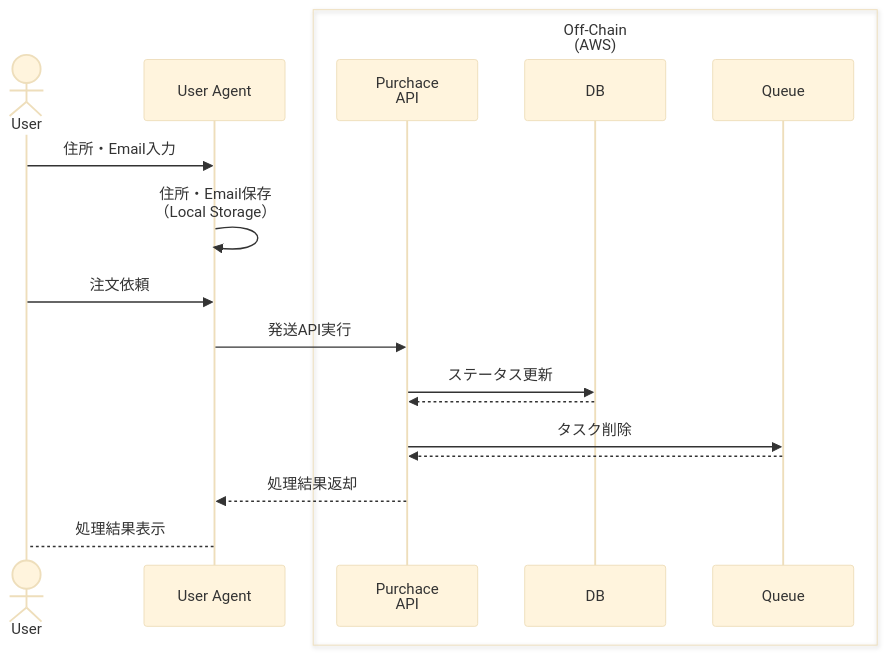
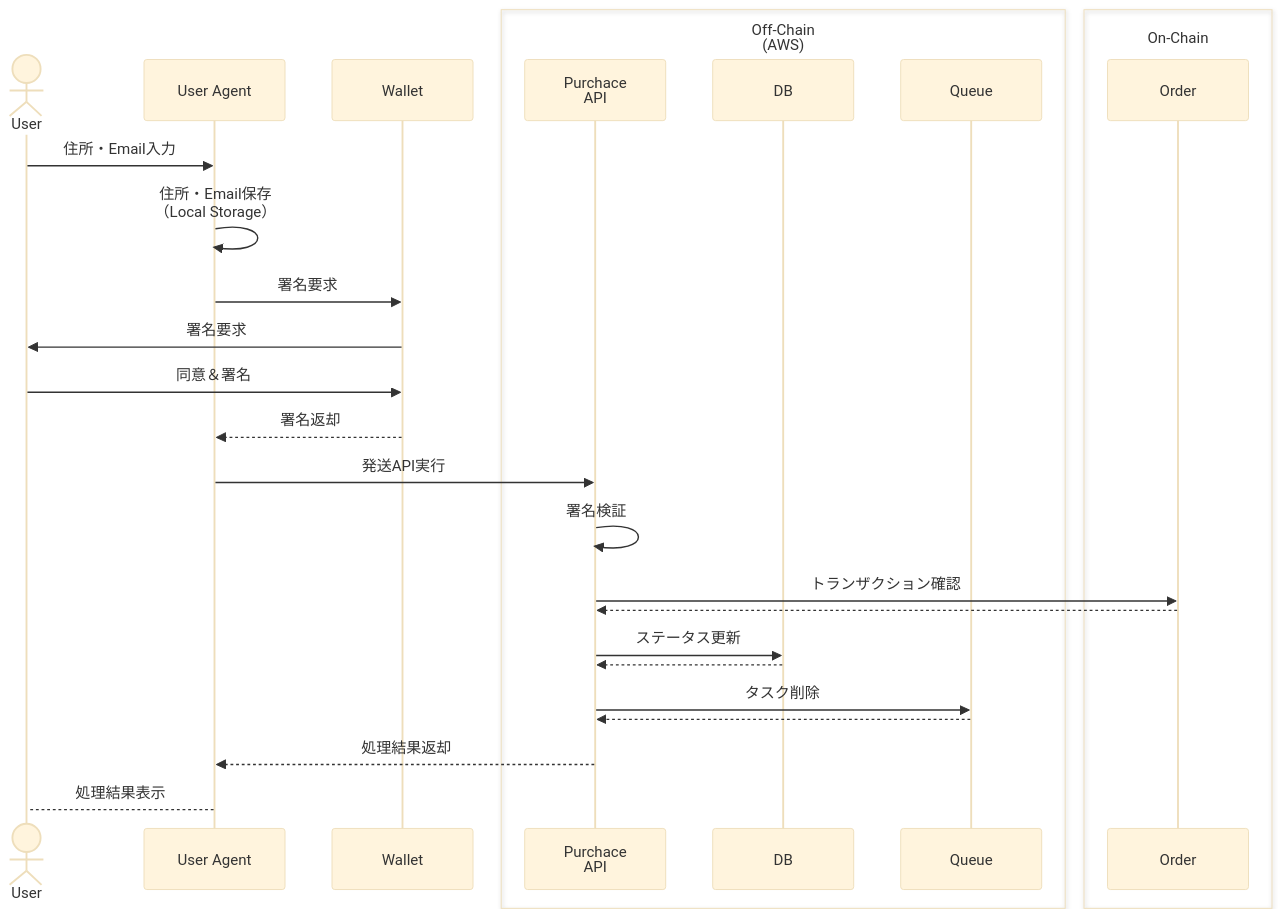
The second of 2 diagrams in nominoichi-doc/sequence_01.md (atakedemo/nominoichi), drawn with Mermaid (base theme) before and after one commit.

Commit message:
発送依頼の処理を追記

````diff
--- a/nominoichi-doc/sequence_01.md
+++ b/nominoichi-doc/sequence_01.md
@@ -53,21 +53,32 @@
 ```mermaid
 sequenceDiagram
     actor User
     participant UA as User Agent
+    participant Wallet
+
     box Off-Chain<br/>(AWS)
         participant API as Purchace<br/>API
         participant DB
         participant Queue
     end
+    box On-Chain
+        participant Order
+    end
     
     User ->> UA: 住所・Email入力
     UA ->> UA: 住所・Email保存<br/>（Local Storage）
-    User ->> UA: 注文依頼
+    UA ->> Wallet: 署名要求
+    Wallet ->> User: 署名要求
+    User ->> Wallet: 同意＆署名
+    Wallet -->> UA: 署名返却
     UA ->> API: 発送API実行
+    API ->> API: 署名検証
+    API ->> Order: トランザクション確認
+    Order -->> API: 
     API ->> DB: ステータス更新
-    DB -->> API:  
+    DB -->> API: 
     API ->> Queue: タスク削除
     Queue -->> API:  
     API -->> UA: 処理結果返却
     UA --> User: 処理結果表示
 ```
````
